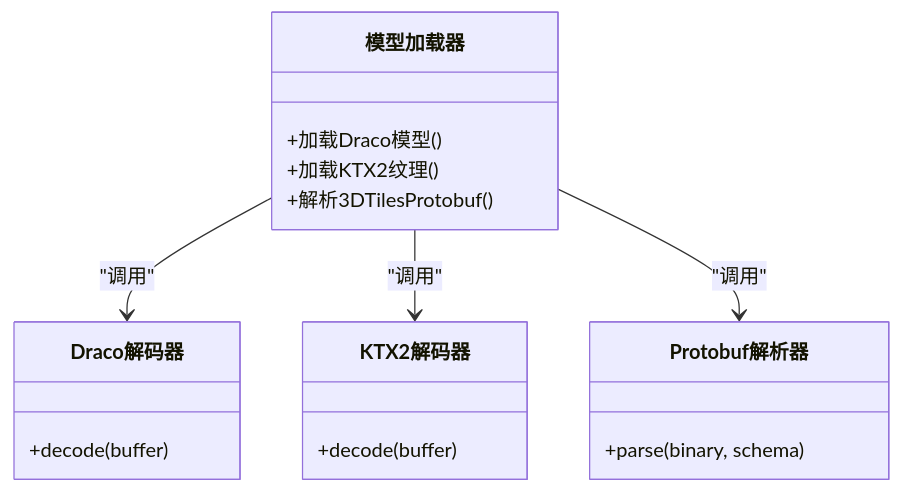
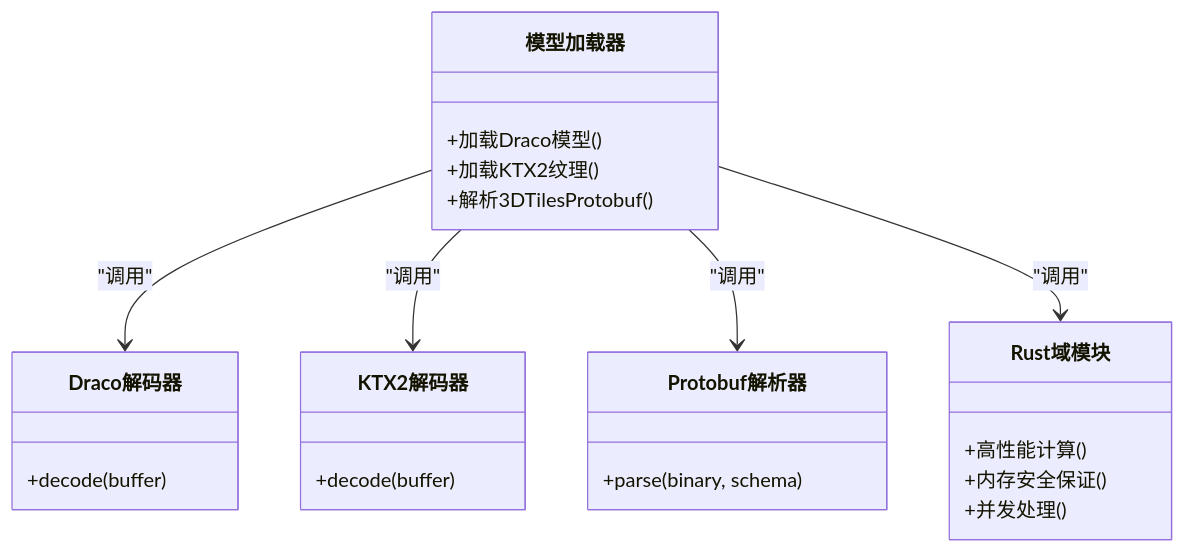
One commit to rzhangjing/cesium changed the eighth of 10 diagrams in .qoder/repowiki/zh/content/项目概述/技术栈.md. Above: the diagram before and after it, drawn with Mermaid. The commit also changed other lines of this file and 60 other files, not shown here.

````diff
--- a/.qoder/repowiki/zh/content/项目概述/技术栈.md
+++ b/.qoder/repowiki/zh/content/项目概述/技术栈.md
@@ -320,20 +484,26 @@
 ```mermaid
 classDiagram
 class 模型加载器 {
 +加载Draco模型()
 +加载KTX2纹理()
 +解析3DTilesProtobuf()
 }
 class Draco解码器 {
 +decode(buffer)
 }
 class KTX2解码器 {
 +decode(buffer)
 }
 class Protobuf解析器 {
 +parse(binary, schema)
 }
+class Rust域模块 {
++高性能计算()
++内存安全保证()
++并发处理()
+}
 模型加载器 --> Draco解码器 : "调用"
 模型加载器 --> KTX2解码器 : "调用"
 模型加载器 --> Protobuf解析器 : "调用"
+模型加载器 --> Rust域模块 : "调用"
 ```
````
